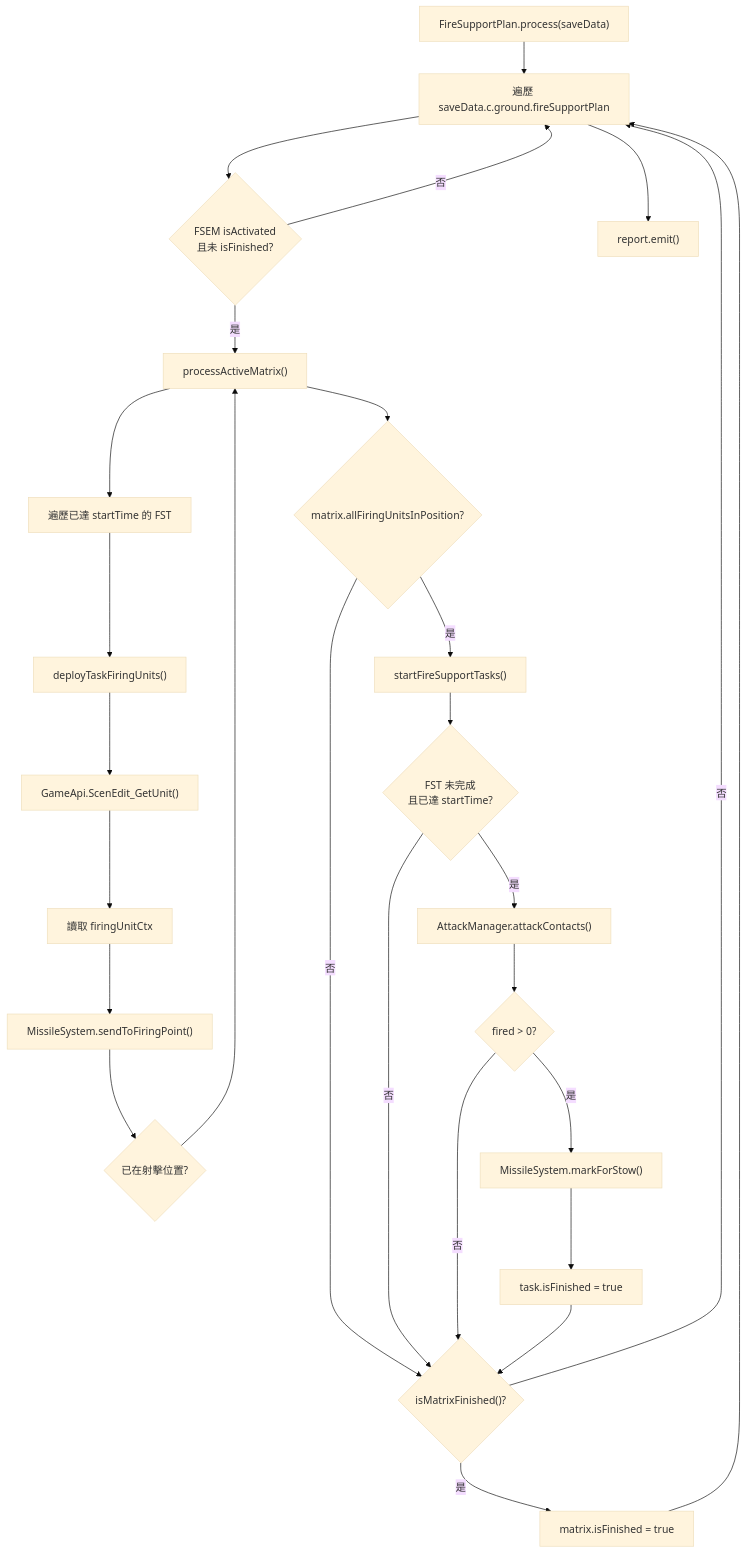
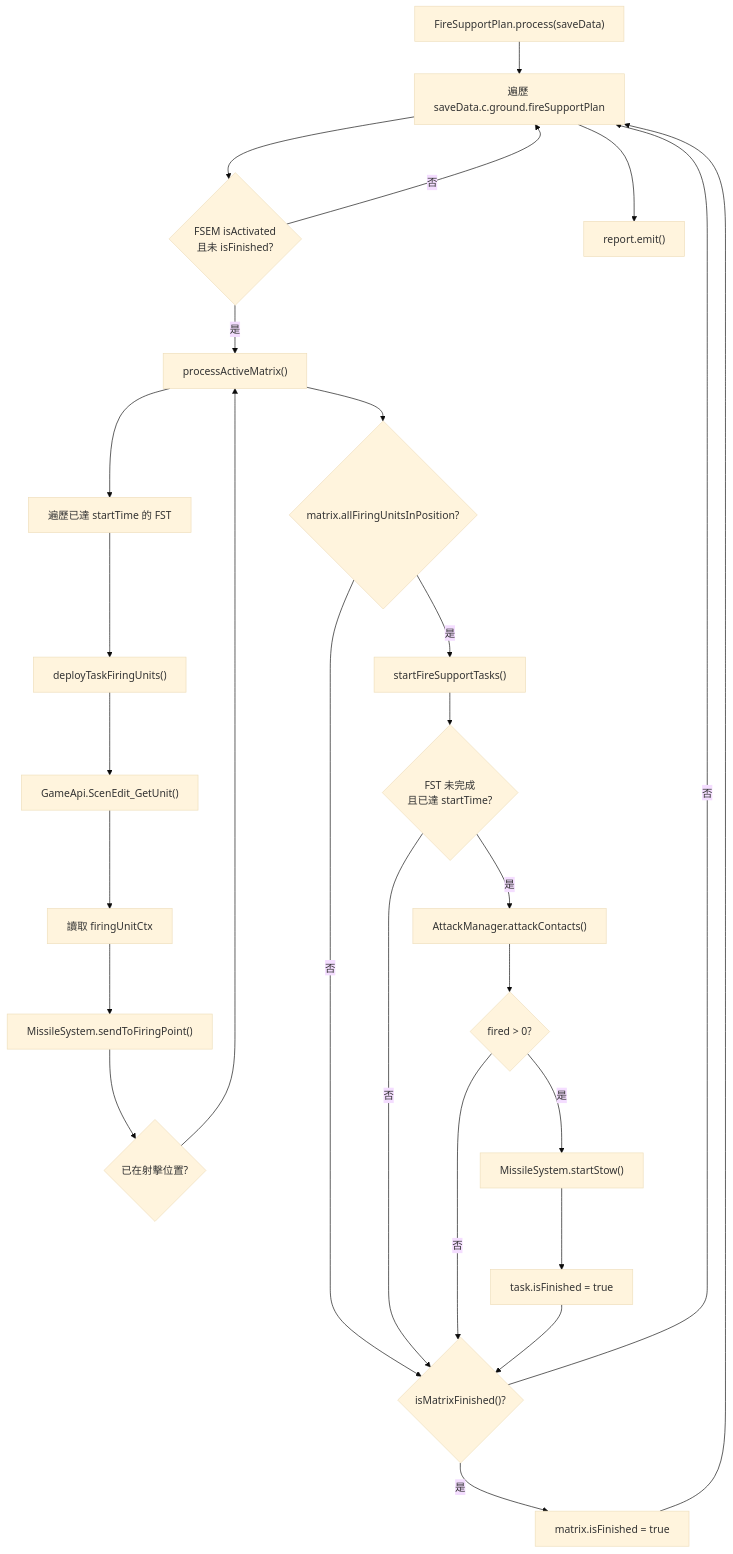
One commit to pullupjumper/formosa-in-flames changed the diagram in docs/strikePlanner/fireSupportPlan.md. Above: the diagram before and after it, drawn with Mermaid (base theme). The commit also changed other lines of this file and 37 other files, not shown here.

````diff
--- a/docs/strikePlanner/fireSupportPlan.md
+++ b/docs/strikePlanner/fireSupportPlan.md
@@ -100,50 +100,50 @@
 ```mermaid
 flowchart TD
     START["FireSupportPlan.process(saveData)"]
     LOOP["遍歷 saveData.c.ground.fireSupportPlan"]
     ACTIVE{"FSEM isActivated<br/>且未 isFinished?"}
     PROCESS["processActiveMatrix()"]
     DEPLOY_TASK["遍歷已達 startTime 的 FST"]
     DEPLOY_UNIT["deployTaskFiringUnits()"]
     GET_UNIT["GameApi.ScenEdit_GetUnit()"]
     GET_CTX["讀取 firingUnitCtx"]
     SEND["MissileSystem.sendToFiringPoint()"]
     STATIC{"已在射擊位置?"}
     ALL_READY{"matrix.allFiringUnitsInPosition?"}
     EXECUTE["startFireSupportTasks()"]
     TASK_READY{"FST 未完成<br/>且已達 startTime?"}
     ATTACK["AttackManager.attackContacts()"]
     FIRED{"fired > 0?"}
-    STOW["MissileSystem.markForStow()"]
+    STOW["MissileSystem.startStow()"]
     TASK_DONE["task.isFinished = true"]
     MATRIX_DONE{"isMatrixFinished()?"}
     FINISH["matrix.isFinished = true"]
     LOG["report.emit()"]
 
     START --> LOOP
     LOOP --> ACTIVE
     ACTIVE -->|否| LOOP
     ACTIVE -->|是| PROCESS
     PROCESS --> DEPLOY_TASK
     DEPLOY_TASK --> DEPLOY_UNIT
     DEPLOY_UNIT --> GET_UNIT
     GET_UNIT --> GET_CTX
     GET_CTX --> SEND
     SEND --> STATIC
     STATIC --> PROCESS
     PROCESS --> ALL_READY
     ALL_READY -->|是| EXECUTE
     ALL_READY -->|否| MATRIX_DONE
     EXECUTE --> TASK_READY
     TASK_READY -->|是| ATTACK
     TASK_READY -->|否| MATRIX_DONE
     ATTACK --> FIRED
     FIRED -->|是| STOW
     FIRED -->|否| MATRIX_DONE
     STOW --> TASK_DONE
     TASK_DONE --> MATRIX_DONE
     MATRIX_DONE -->|是| FINISH
     MATRIX_DONE -->|否| LOOP
     FINISH --> LOOP
     LOOP --> LOG
 ```
````
